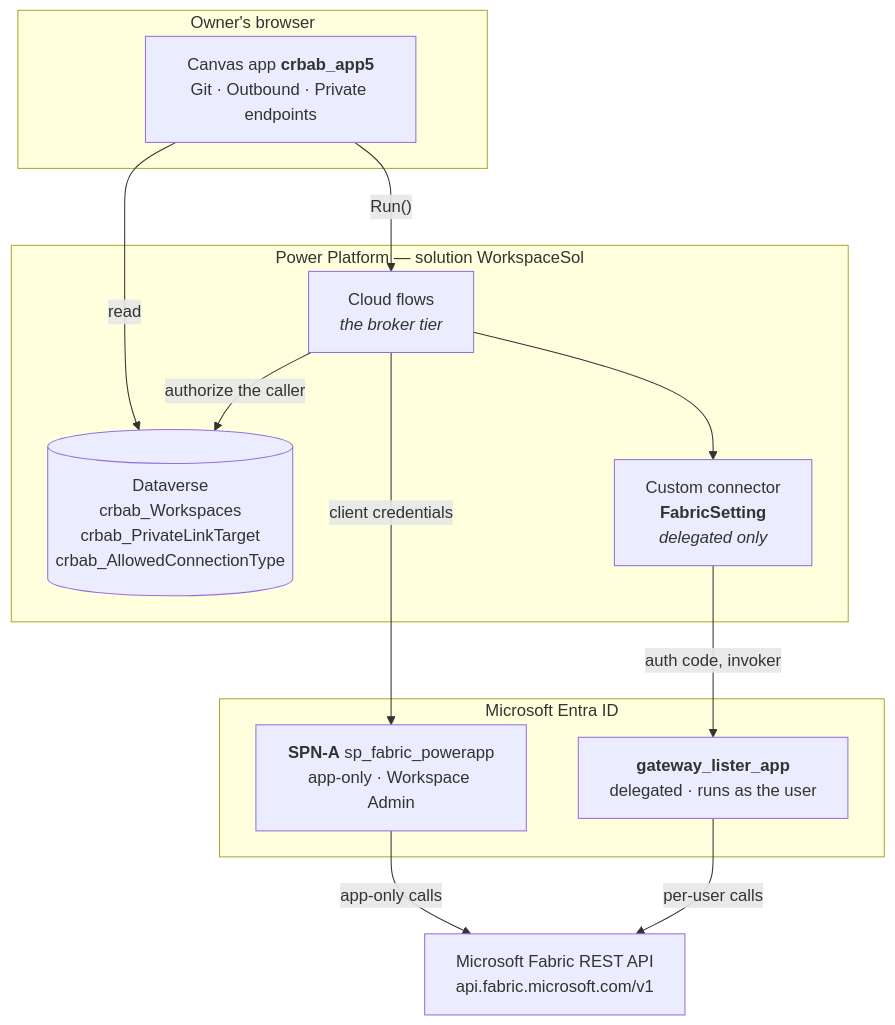
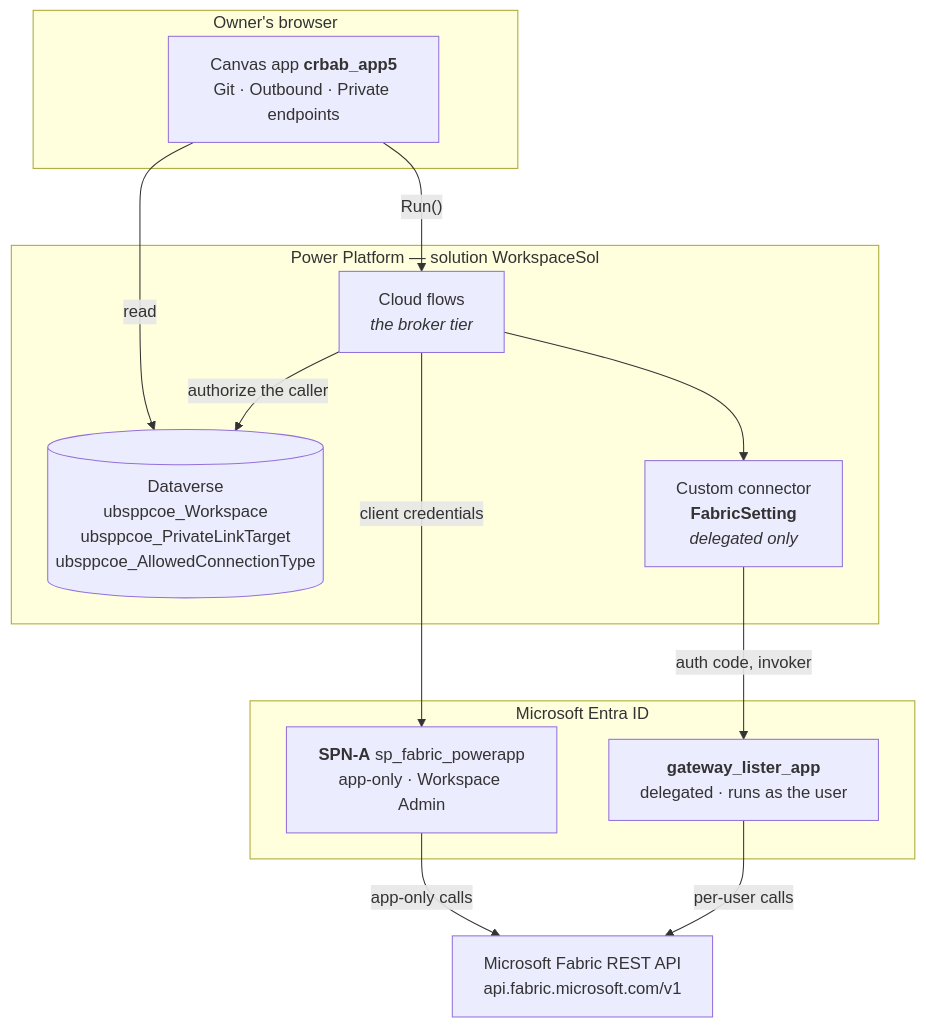
The first of 5 diagrams in docs/HIGH-LEVEL-ARCHITECTURE.md (velniaszs/Fabric_Workspace_Settings), drawn with Mermaid before and after one commit. The commit also changed other lines of this file and 35 other files, not shown here.

````diff
--- a/docs/HIGH-LEVEL-ARCHITECTURE.md
+++ b/docs/HIGH-LEVEL-ARCHITECTURE.md
@@ -54,28 +54,28 @@
 ```mermaid
 flowchart TB
     subgraph client["Owner's browser"]
         APP["Canvas app <b>crbab_app5</b><br/>Git · Outbound · Private endpoints"]
     end
 
     subgraph pp["Power Platform — solution WorkspaceSol"]
-        DV[("Dataverse<br/>crbab_Workspaces<br/>crbab_PrivateLinkTarget<br/>crbab_AllowedConnectionType")]
+        DV[("Dataverse<br/>ubsppcoe_Workspace<br/>ubsppcoe_PrivateLinkTarget<br/>ubsppcoe_AllowedConnectionType")]
         FLOWS["Cloud flows<br/><i>the broker tier</i>"]
         CONN["Custom connector<br/><b>FabricSetting</b><br/><i>delegated only</i>"]
     end
 
     subgraph entra["Microsoft Entra ID"]
         SPNA["<b>SPN-A</b> sp_fabric_powerapp<br/>app-only · Workspace Admin"]
         DELEG["<b>gateway_lister_app</b><br/>delegated · runs as the user"]
     end
 
     FABRIC["Microsoft Fabric REST API<br/>api.fabric.microsoft.com/v1"]
 
     APP -->|"Run()"| FLOWS
     APP -->|read| DV
     FLOWS -->|"authorize the caller"| DV
     FLOWS -->|"client credentials"| SPNA
     FLOWS --> CONN
     CONN -->|"auth code, invoker"| DELEG
     SPNA -->|"app-only calls"| FABRIC
     DELEG -->|"per-user calls"| FABRIC
 ```
````
